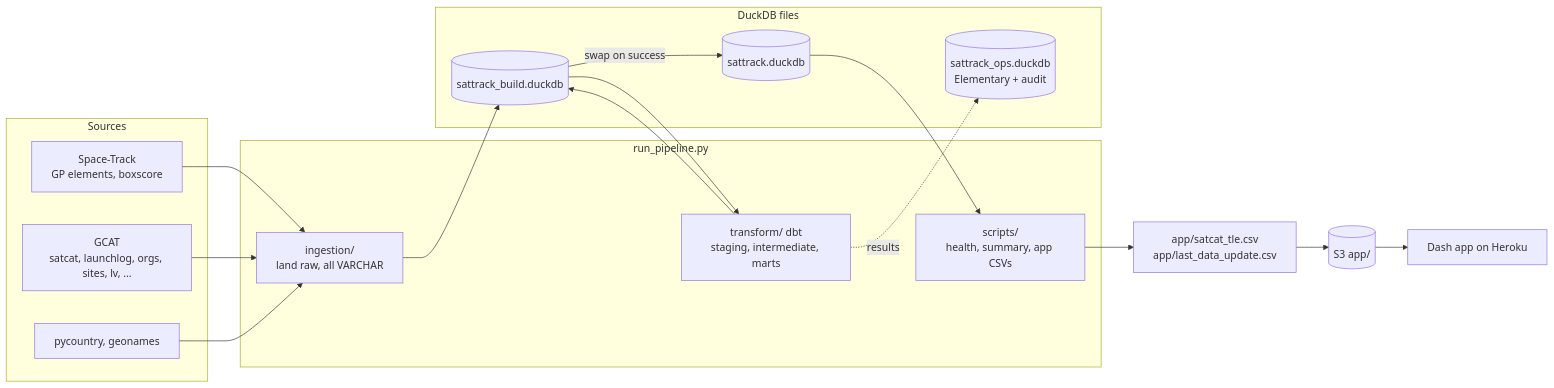
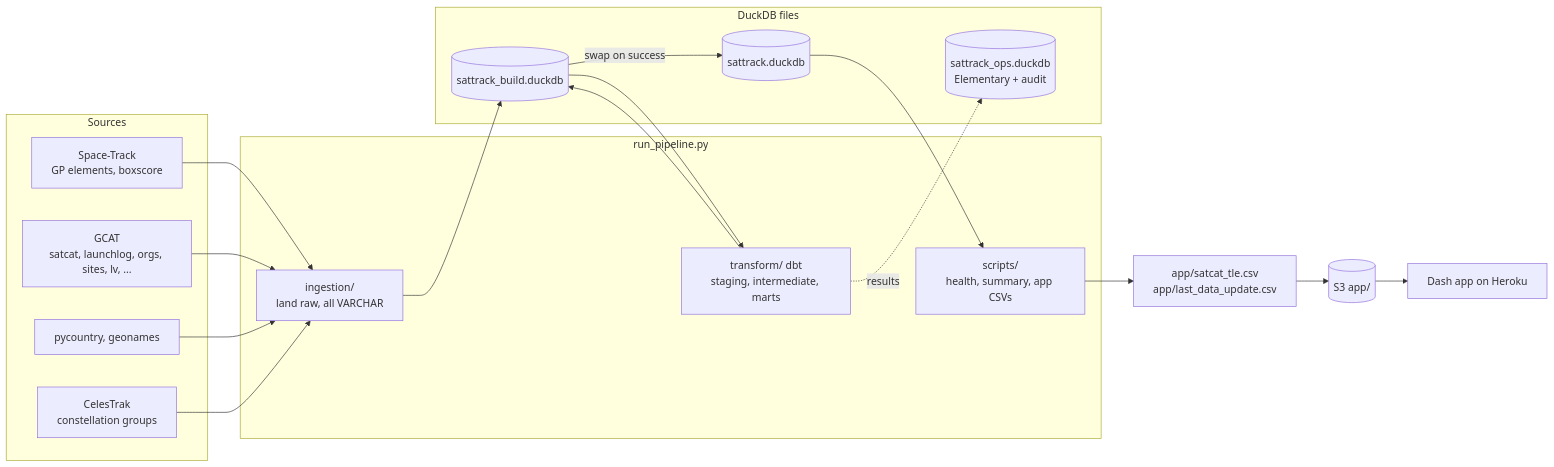
Before and after one commit to pseud-acc/SatTrack: the diagram in pipeline/README.md, drawn with Mermaid. The commit also changed other lines of this file and 50 other files, not shown here.

````diff
--- a/pipeline/README.md
+++ b/pipeline/README.md
@@ -27,25 +27,26 @@
 ```mermaid
 flowchart LR
   subgraph sources[Sources]
     ST[Space-Track<br/>GP elements, boxscore]
     GC[GCAT<br/>satcat, launchlog, orgs, sites, lv, ...]
     REF[pycountry, geonames]
+    CT[CelesTrak<br/>constellation groups]
   end
   subgraph run[run_pipeline.py]
     ING[ingestion/<br/>land raw, all VARCHAR]
     DBT[transform/ dbt<br/>staging, intermediate, marts]
     REP[scripts/<br/>health, summary, app CSVs]
   end
   subgraph store[DuckDB files]
     BUILD[(sattrack_build.duckdb)]
     LIVE[(sattrack.duckdb)]
     OPS[(sattrack_ops.duckdb<br/>Elementary + audit)]
   end
-  ST & GC & REF --> ING --> BUILD
+  ST & GC & REF & CT --> ING --> BUILD
   BUILD --> DBT --> BUILD
   BUILD -- swap on success --> LIVE
   DBT -. results .-> OPS
   LIVE --> REP
   REP --> APP[app/satcat_tle.csv<br/>app/last_data_update.csv]
   APP --> S3[(S3 app/)] --> HEROKU[Dash app on Heroku]
 ```
````
